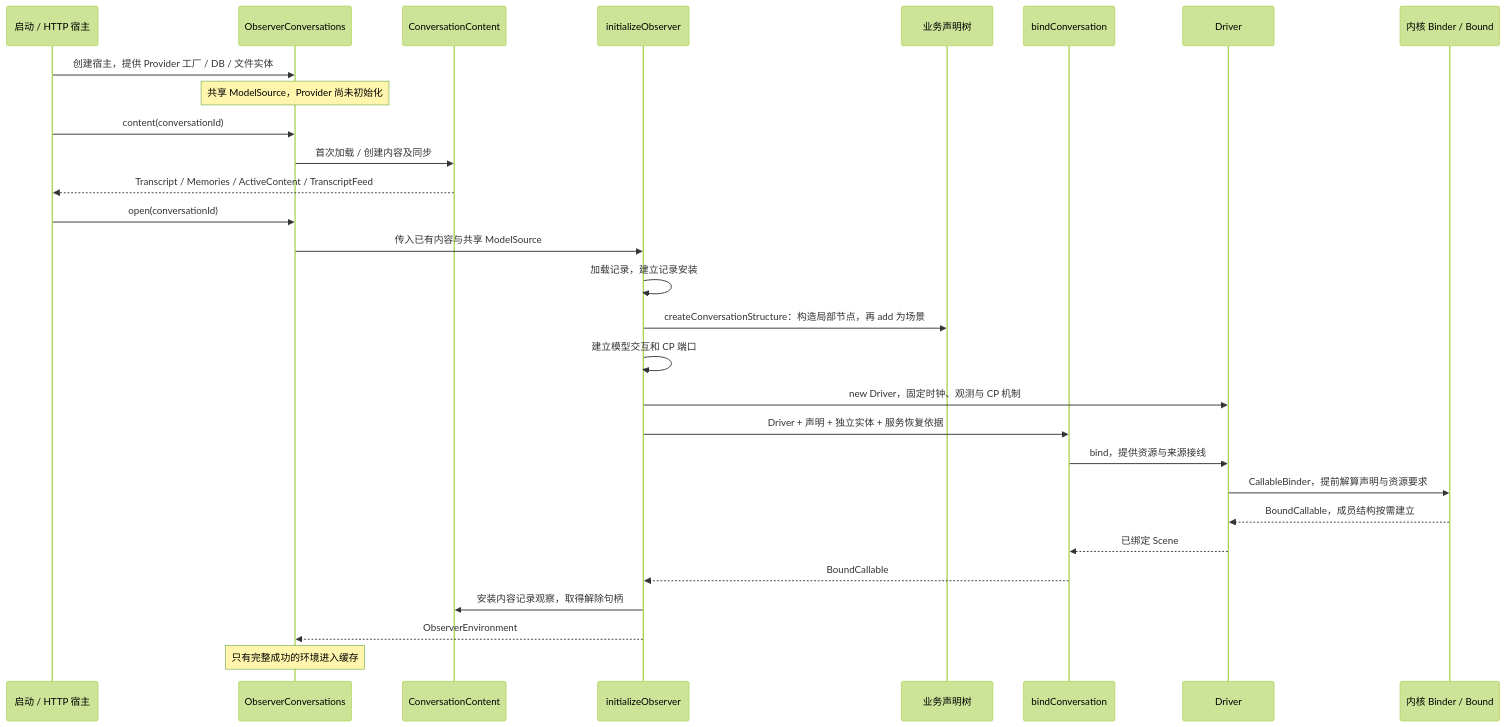
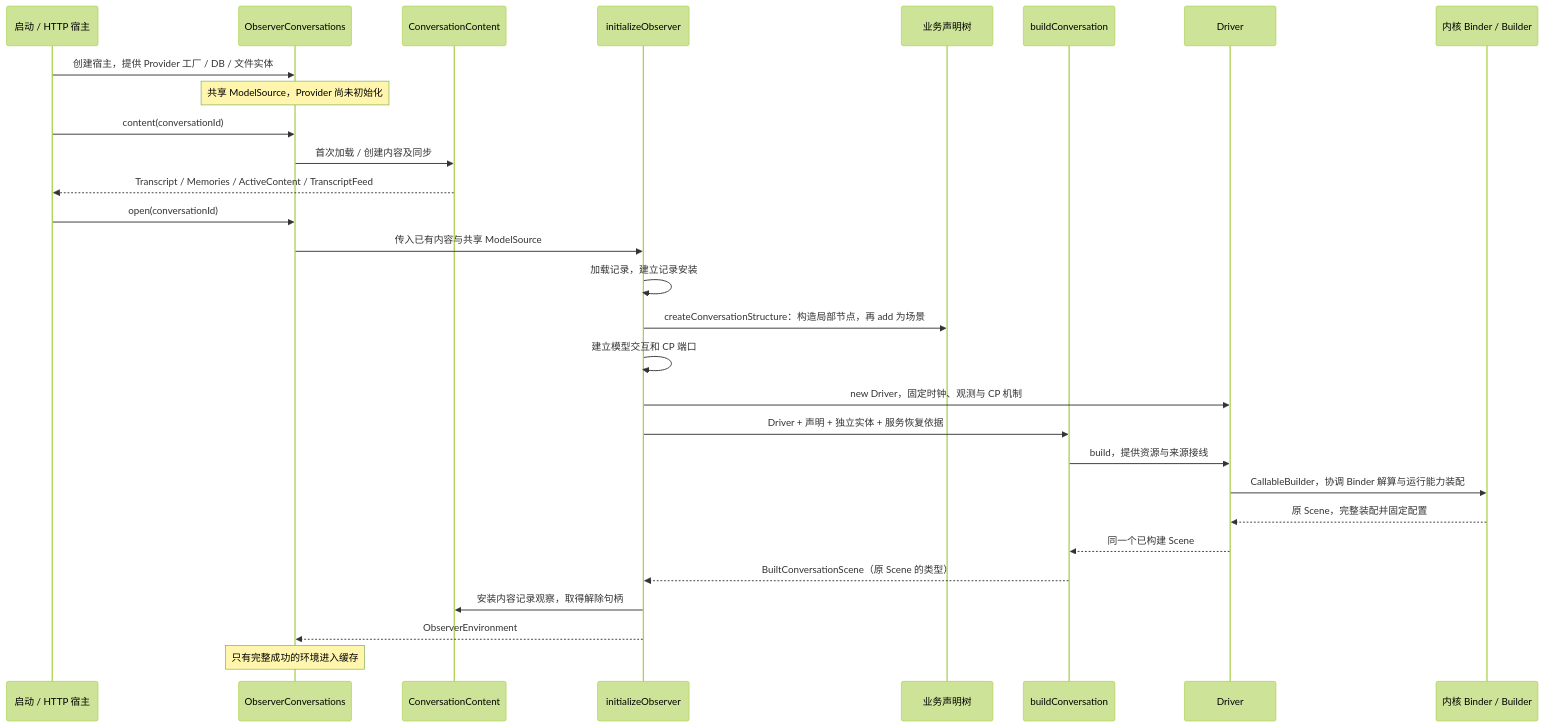
The first of 2 diagrams in docs/service-assembly.md (weiliang0121/capix), drawn with Mermaid (forest theme) before and after one commit. The commit also changed other lines of this file and 109 other files, not shown here.

Commit message:
refactor: build callable runtime capabilities on original structures

````diff
--- a/docs/service-assembly.md
+++ b/docs/service-assembly.md
@@ -22,31 +22,31 @@
 ```mermaid
 sequenceDiagram
     participant App as 启动 / HTTP 宿主
     participant Host as ObserverConversations
     participant Content as ConversationContent
     participant Init as initializeObserver
     participant Def as 业务声明树
-    participant Bind as bindConversation
+    participant Bind as buildConversation
     participant Driver as Driver
-    participant Kernel as 内核 Binder / Bound
+    participant Kernel as 内核 Binder / Builder
     App->>Host: 创建宿主，提供 Provider 工厂 / DB / 文件实体
     Note over Host: 共享 ModelSource，Provider 尚未初始化
     App->>Host: content(conversationId)
     Host->>Content: 首次加载 / 创建内容及同步
     Content-->>App: Transcript / Memories / ActiveContent / TranscriptFeed
     App->>Host: open(conversationId)
     Host->>Init: 传入已有内容与共享 ModelSource
     Init->>Init: 加载记录，建立记录安装
     Init->>Def: createConversationStructure：构造局部节点，再 add 为场景
     Init->>Init: 建立模型交互和 CP 端口
     Init->>Driver: new Driver，固定时钟、观测与 CP 机制
     Init->>Bind: Driver + 声明 + 独立实体 + 服务恢复依据
-    Bind->>Driver: bind，提供资源与来源接线
-    Driver->>Kernel: CallableBinder，提前解算声明与资源要求
-    Kernel-->>Driver: BoundCallable，成员结构按需建立
-    Driver-->>Bind: 已绑定 Scene
-    Bind-->>Init: BoundCallable
+    Bind->>Driver: build，提供资源与来源接线
+    Driver->>Kernel: CallableBuilder，协调 Binder 解算与运行能力装配
+    Kernel-->>Driver: 原 Scene，完整装配并固定配置
+    Driver-->>Bind: 同一个已构建 Scene
+    Bind-->>Init: BuiltConversationScene（原 Scene 的类型）
     Init->>Content: 安装内容记录观察，取得解除句柄
     Init-->>Host: ObserverEnvironment
     Note over Host: 只有完整成功的环境进入缓存
 ```
````
